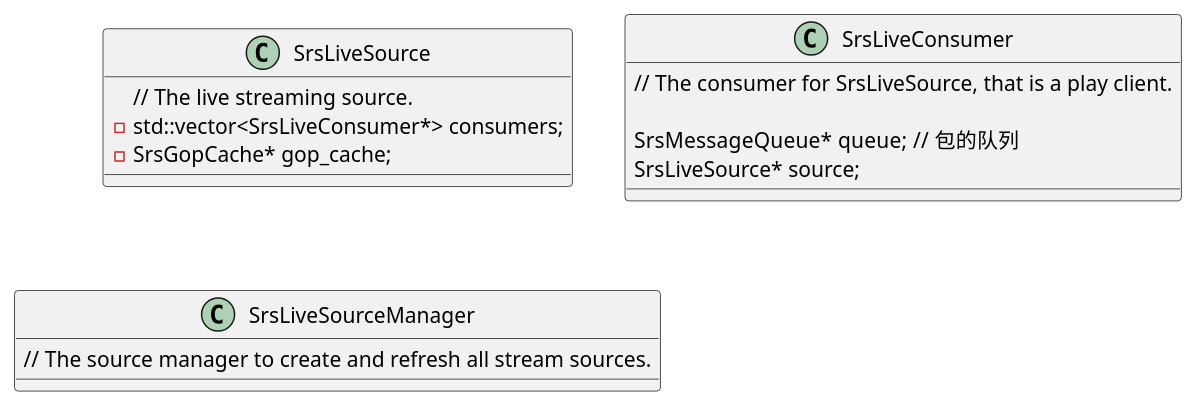
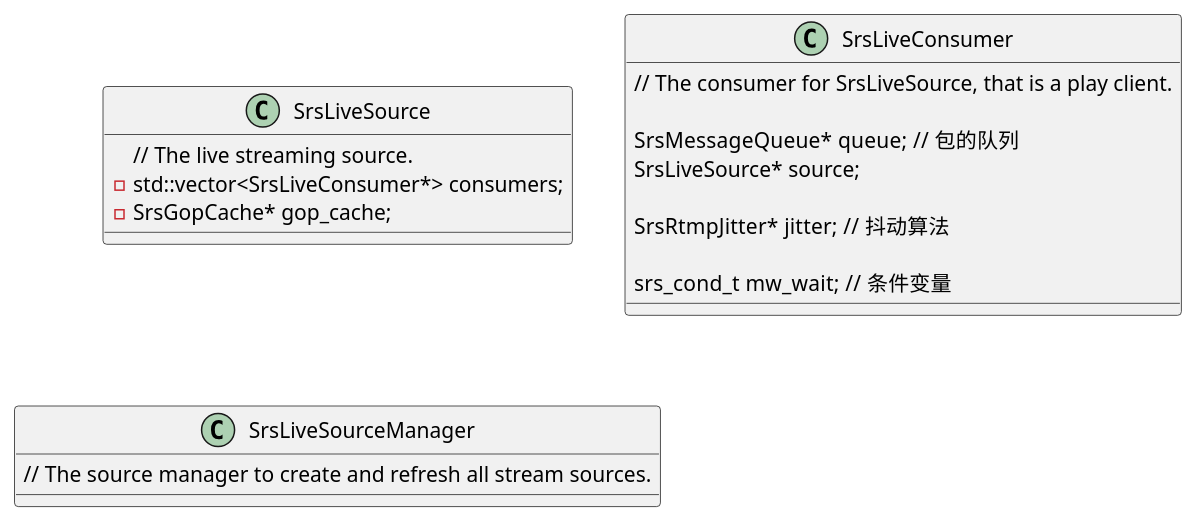
The sixth of 8 diagrams in srs/srs_struct.md (hz-fengpeng/doc), drawn with PlantUML before and after one commit. The commit also changed other lines of this file and 1 other file, not shown here.

````diff
--- a/srs/srs_struct.md
+++ b/srs/srs_struct.md
@@ -364,23 +439,27 @@
 ```plantuml
 class SrsLiveSource
 {
     // The live streaming source.
     - std::vector<SrsLiveConsumer*> consumers;
     -  SrsGopCache* gop_cache;
 
 }
 
 class SrsLiveConsumer
 {
     // The consumer for SrsLiveSource, that is a play client.
 
     SrsMessageQueue* queue;  // 包的队列
     SrsLiveSource* source;
+
+    SrsRtmpJitter* jitter;  // 抖动算法
+
+    srs_cond_t mw_wait;  // 条件变量
 }
 
 class SrsLiveSourceManager
 {
     // The source manager to create and refresh all stream sources.
 }
 
 ```
````
